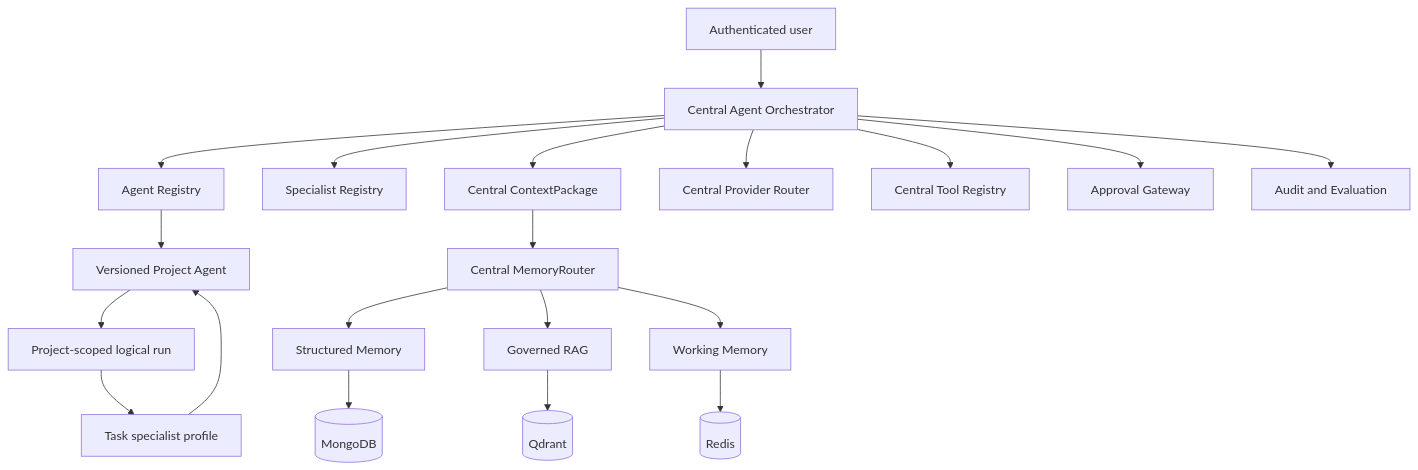
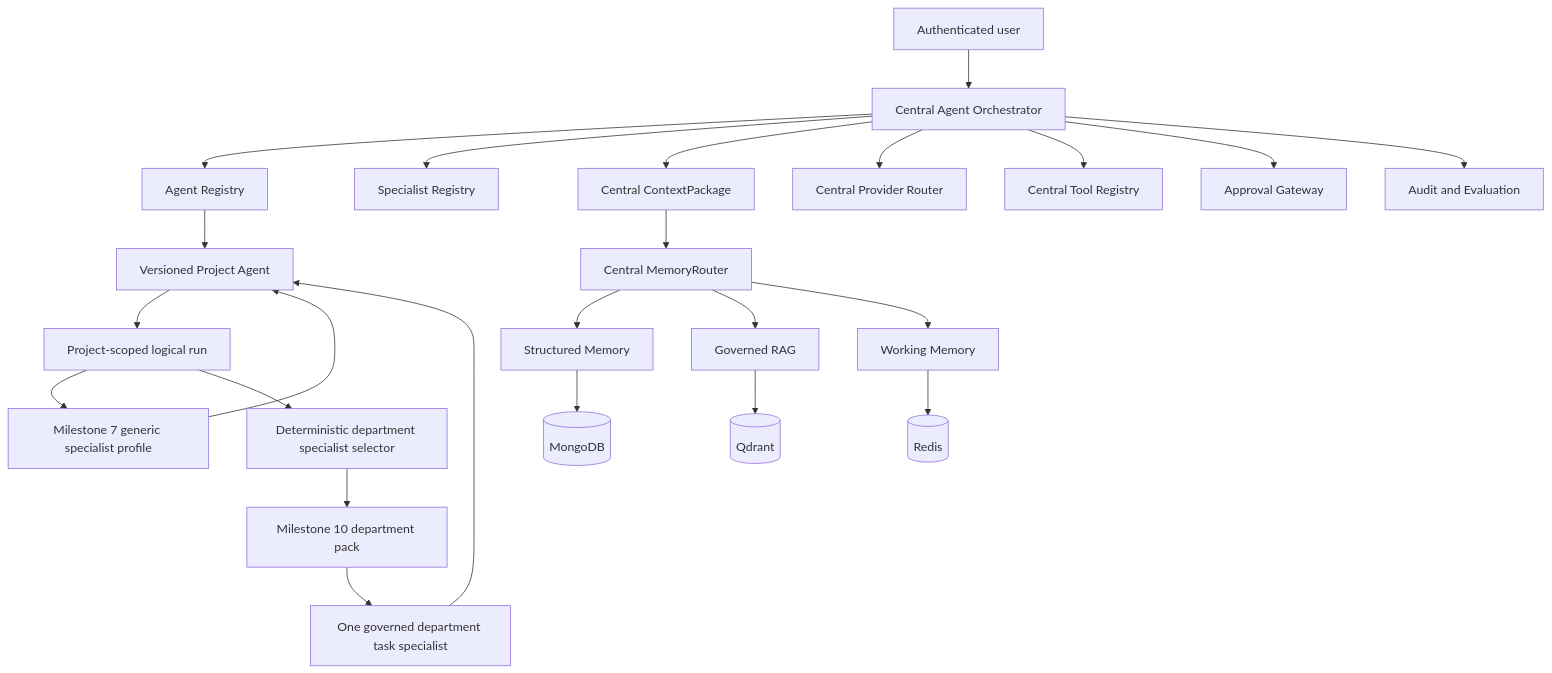
Before and after one commit to Shivakushwah143/SynTask: the fifth of 8 diagrams in docs/diagrams/architecture.md, drawn with Mermaid. The commit also changed other lines of this file and 9 other files, not shown here.

````diff
--- a/docs/diagrams/architecture.md
+++ b/docs/diagrams/architecture.md
@@ -134,24 +134,28 @@
 ```mermaid
 flowchart TB
     User[Authenticated user] --> Orchestrator[Central Agent Orchestrator]
     Orchestrator --> Registry[Agent Registry]
     Orchestrator --> SpecialistRegistry[Specialist Registry]
     Orchestrator --> ContextPackage[Central ContextPackage]
     ContextPackage --> MemoryRouter[Central MemoryRouter]
     MemoryRouter --> StructuredMemory[Structured Memory]
     MemoryRouter --> RAG[Governed RAG]
     MemoryRouter --> WorkingMemory[Working Memory]
     Orchestrator --> ProviderRouter[Central Provider Router]
     Orchestrator --> ToolRegistry[Central Tool Registry]
     Orchestrator --> ApprovalGateway[Approval Gateway]
     Orchestrator --> Audit[Audit and Evaluation]
 
     Registry --> ProjectAgent[Versioned Project Agent]
     ProjectAgent --> LogicalRun[Project-scoped logical run]
-    LogicalRun --> SpecialistProfile[Task specialist profile]
-    SpecialistProfile --> ProjectAgent
+    LogicalRun --> GenericSpecialist[Milestone 7 generic specialist profile]
+    LogicalRun --> DepartmentSelector[Deterministic department specialist selector]
+    DepartmentSelector --> DepartmentPack[Milestone 10 department pack]
+    DepartmentPack --> DepartmentSpecialist[One governed department task specialist]
+    GenericSpecialist --> ProjectAgent
+    DepartmentSpecialist --> ProjectAgent
 
     StructuredMemory --> Mongo[(MongoDB)]
     RAG --> Qdrant[(Qdrant)]
     WorkingMemory --> Redis[(Redis)]
 ```
````
